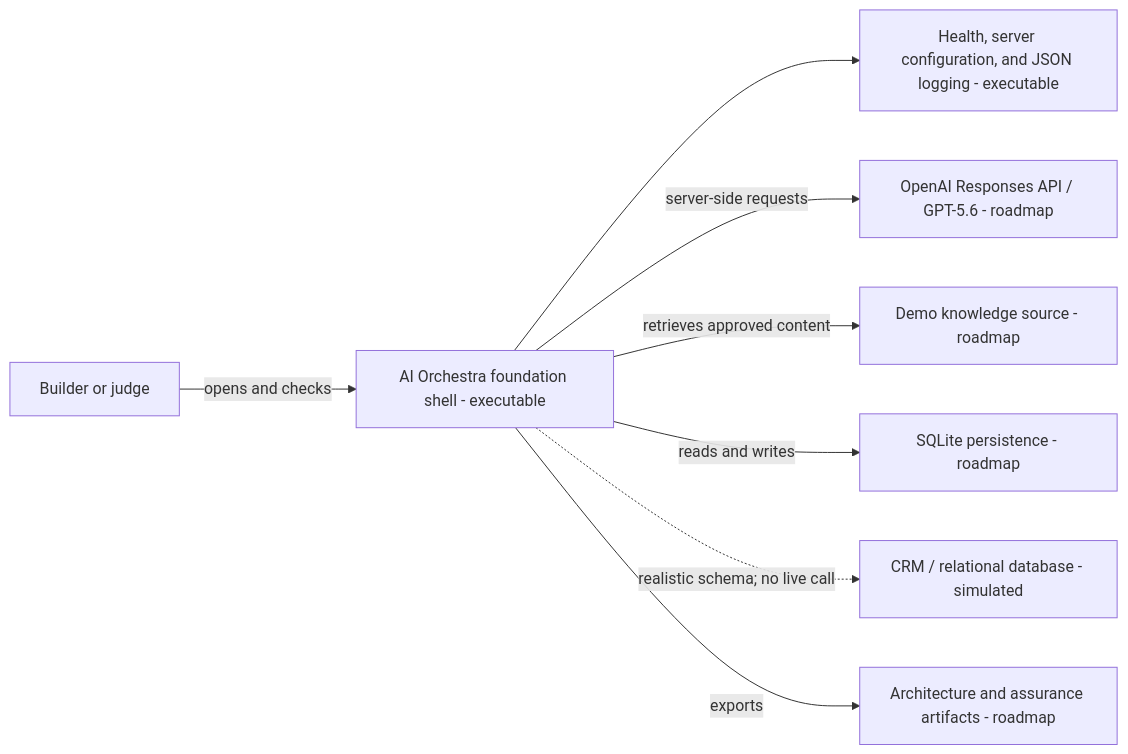
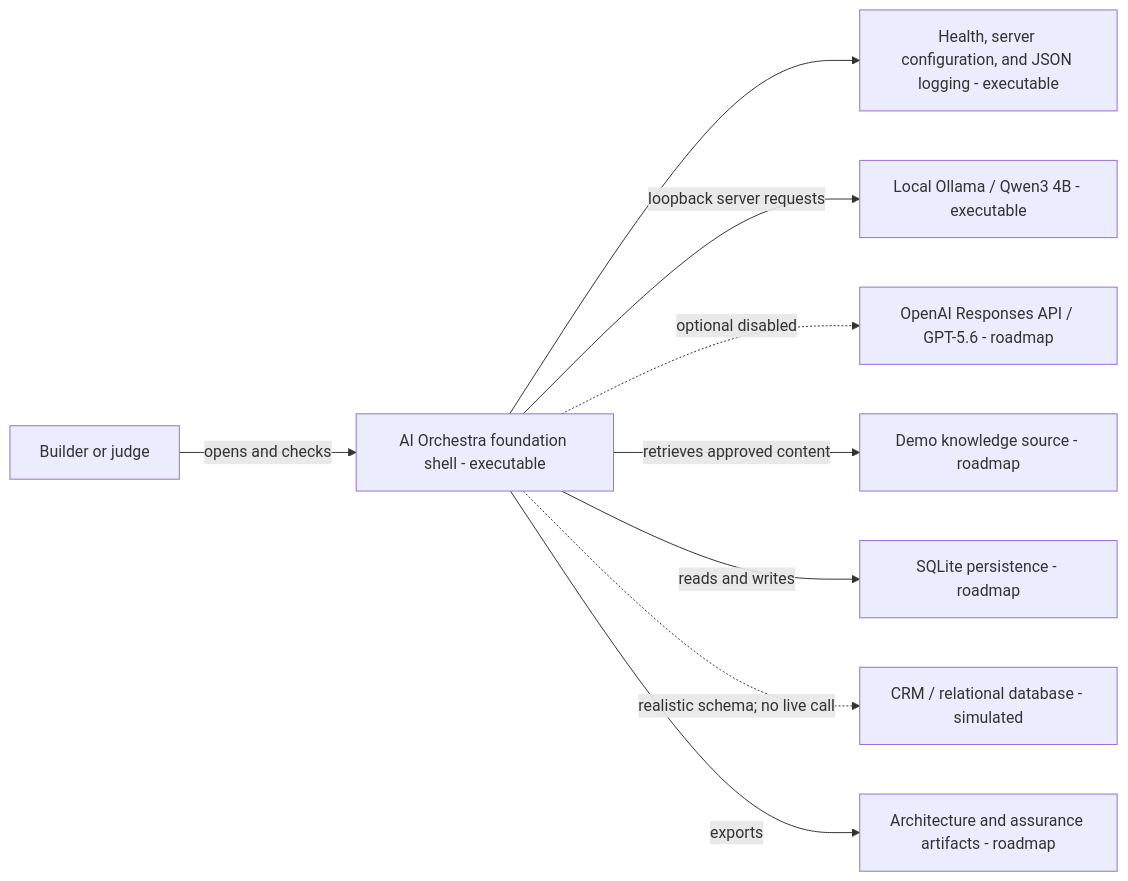
Before and after one commit to PeterNguyen47/AI-Orchestra: the diagram in docs/architecture/SYSTEM_CONTEXT.md, drawn with Mermaid. The commit also changed 66 other files, not shown here.

First line of the commit message:
AO-007: Implement governed local open-model Enterprise RAG execution (#19).

````diff
--- a/docs/architecture/SYSTEM_CONTEXT.md
+++ b/docs/architecture/SYSTEM_CONTEXT.md
@@ -7,10 +7,11 @@
 ```mermaid
 flowchart LR
     Builder["Builder or judge"] -->|opens and checks| AO["AI Orchestra foundation shell - executable"]
     AO --> Health["Health, server configuration, and JSON logging - executable"]
-    AO -->|server-side requests| OpenAI["OpenAI Responses API / GPT-5.6 - roadmap"]
+    AO -->|loopback server requests| Ollama["Local Ollama / Qwen3 4B - executable"]
+    AO -. optional disabled .-> OpenAI["OpenAI Responses API / GPT-5.6 - roadmap"]
     AO -->|retrieves approved content| Knowledge["Demo knowledge source - roadmap"]
     AO -->|reads and writes| Store["SQLite persistence - roadmap"]
     AO -.->|realistic schema; no live call| CRM["CRM / relational database - simulated"]
     AO -->|exports| Artifacts["Architecture and assurance artifacts - roadmap"]
 ```
````
